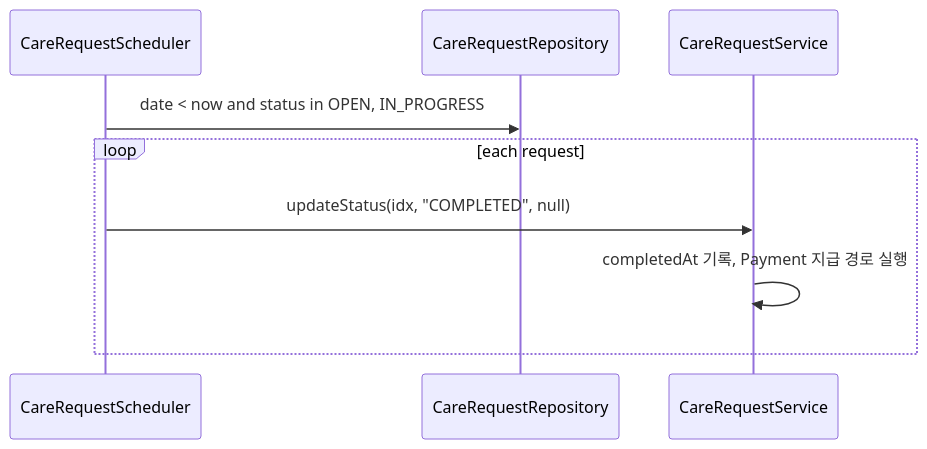
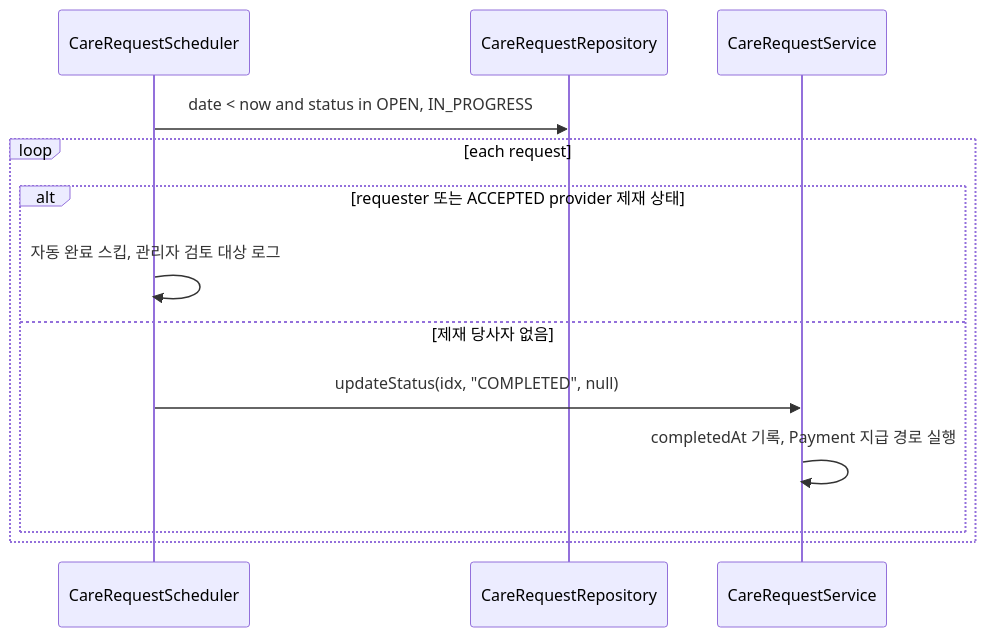
The sixth of 6 diagrams in docs/architecture/care/펫 케어 & 매칭 아키텍처.md (makkong1/Petory), drawn with Mermaid before and after one commit. The commit also changed other lines of this file and 31 other files, not shown here.

````diff
--- a/docs/architecture/care/펫 케어 & 매칭 아키텍처.md
+++ b/docs/architecture/care/펫 케어 & 매칭 아키텍처.md
@@ -252,12 +254,16 @@
 ```mermaid
 sequenceDiagram
     participant Sch as CareRequestScheduler
     participant Repo as CareRequestRepository
     participant S as CareRequestService
 
     Sch->>Repo: date < now and status in OPEN, IN_PROGRESS
     loop each request
-        Sch->>S: updateStatus(idx, "COMPLETED", null)
-        S->>S: completedAt 기록, Payment 지급 경로 실행
+        alt requester 또는 ACCEPTED provider 제재 상태
+            Sch->>Sch: 자동 완료 스킵, 관리자 검토 대상 로그
+        else 제재 당사자 없음
+            Sch->>S: updateStatus(idx, "COMPLETED", null)
+            S->>S: completedAt 기록, Payment 지급 경로 실행
+        end
     end
 ```
````
